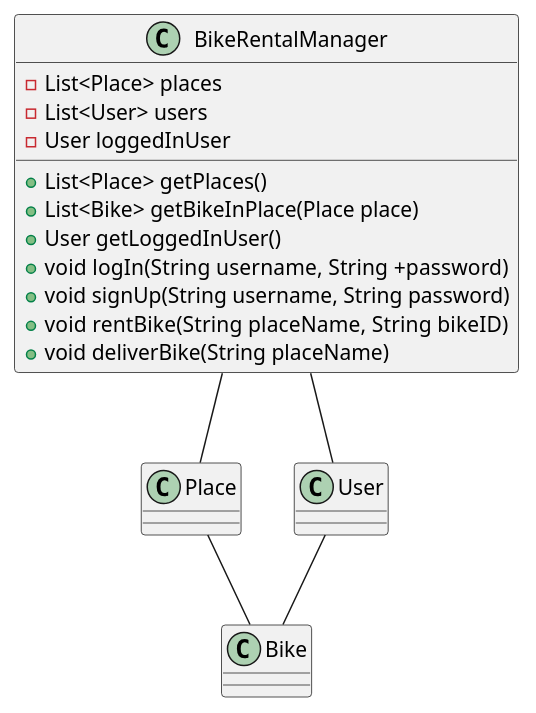
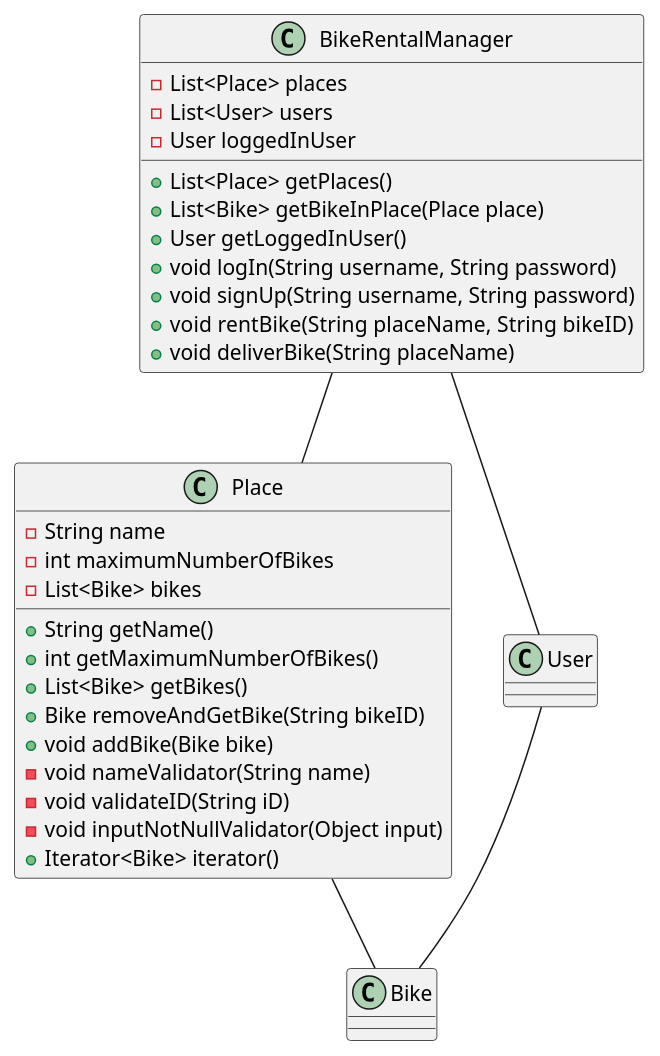
Before and after one commit to jonhallem/gr2247: the diagram in docs/release1/release1Dokumentasjon.md, drawn with PlantUML.

Commit message:
Oppdatere Place-klassen i klassediagrammet
Oppdatere Place-klassen med felt og metoder i klassediagrammet

````diff
--- a/docs/release1/release1Dokumentasjon.md
+++ b/docs/release1/release1Dokumentasjon.md
@@ -2,21 +2,36 @@
 ```plantuml
 @startuml
 BikeRentalManager -- Place
 BikeRentalManager -- User
 Place -- Bike
 User -- Bike
 
 Class BikeRentalManager {
     -List<Place> places
     -List<User> users
     -User loggedInUser
     +List<Place> getPlaces()
     +List<Bike> getBikeInPlace(Place place)
     +User getLoggedInUser()
-    +void logIn(String username, String  +password)
+    +void logIn(String username, String password)
     +void signUp(String username, String password)
     +void rentBike(String placeName, String  bikeID)
     +void deliverBike(String placeName)
 }
+
+Class Place {
+    -String name
+    -int maximumNumberOfBikes
+    -List<Bike> bikes
+    +String getName()
+    +int getMaximumNumberOfBikes()
+    +List<Bike> getBikes()
+    +Bike removeAndGetBike(String bikeID)
+    +void addBike(Bike bike)
+    -void nameValidator(String name)
+    -void validateID(String iD)
+    -void inputNotNullValidator(Object input)
+    +Iterator<Bike> iterator()
+}
 @enduml
 ```
````
